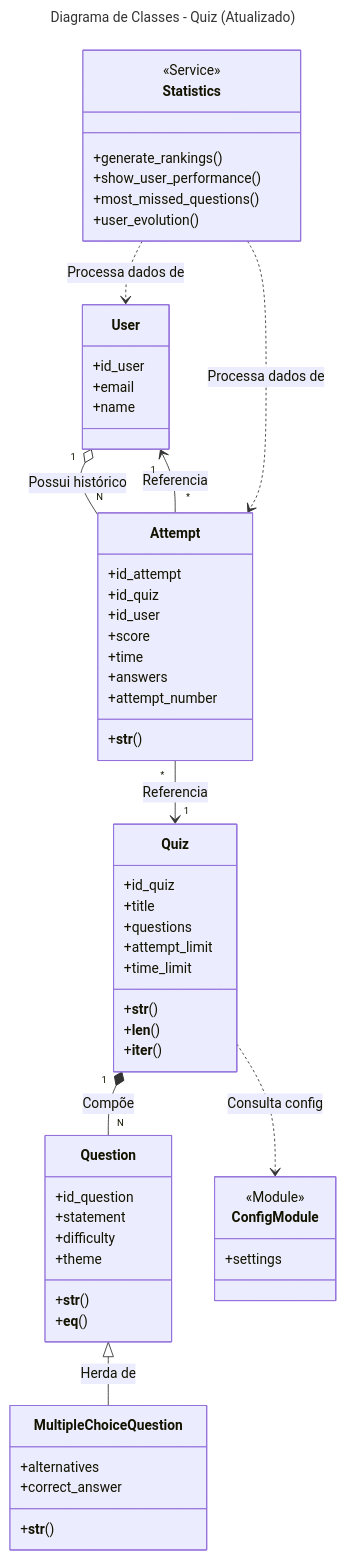
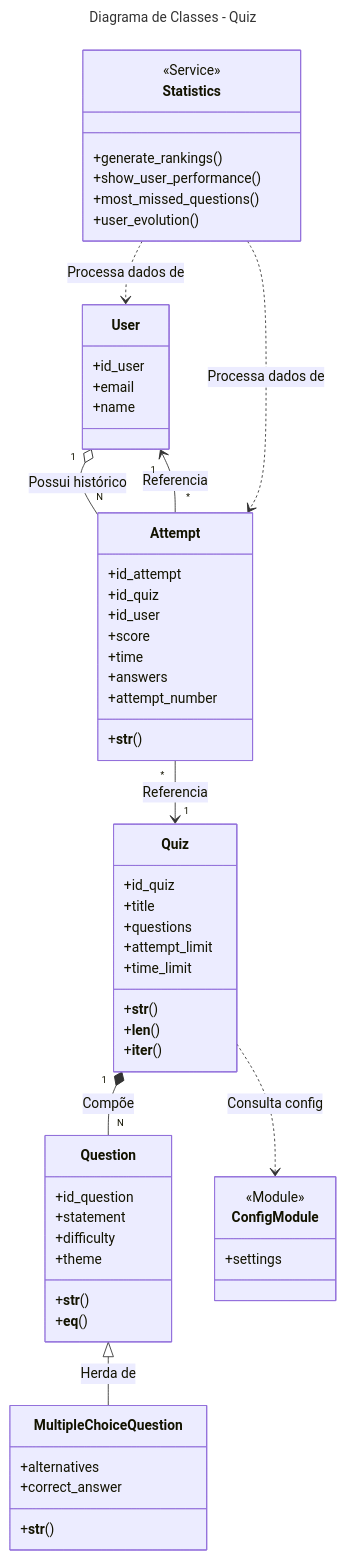
The first of 2 diagrams in README.md (eldrayan/Projeto-POO-Engenharia-de-Software), drawn with Mermaid before and after one commit. The commit also changed other lines of this file and 2 other files, not shown here.

````diff
--- a/README.md
+++ b/README.md
@@ -31,76 +131,76 @@
 ```mermaid
 ---
-title: Diagrama de Classes - Quiz (Atualizado)
+title: Diagrama de Classes - Quiz
 ---
 classDiagram
     %% 1. Generalização (Herança)
     class Question {
         +id_question
         +statement
         +difficulty
         +theme
         +__str__()
         +__eq__()
     }
     class MultipleChoiceQuestion {
         +alternatives
         +correct_answer
         +__str__()
     }
     Question <|-- MultipleChoiceQuestion : Herda de
 
     %% 2. Composição e Agregação
     class Quiz {
         +id_quiz
         +title
         +questions
         +attempt_limit
         +time_limit
         +__str__()
         +__len__()
         +__iter__()
     }
     %% O Quiz é composto por Questions (relação forte)
     Quiz "1" *-- "N" Question : Compõe
 
     class User {
         +id_user
         +email
         +name
     }
     %% O User possui um histórico de Attempts (relação fraca)
     User "1" o-- "N" Attempt : Possui histórico
 
     %% 3. Associação
     class Attempt {
         +id_attempt
         +id_quiz
         +id_user
         +score
         +time
         +answers
         +attempt_number
         +__str__()
     }
     %% Uma Tentativa está associada a um Quiz e a um User
     Attempt "*" --> "1" Quiz : Referencia
     Attempt "*" --> "1" User : Referencia
 
     %% 4. Dependência (Usa-um)
     class Statistics {
         <<Service>>
         +generate_rankings()
         +show_user_performance()
         +most_missed_questions()
         +user_evolution()
     }
     class ConfigModule {
         <<Module>>
         +settings
     }
 
     %% Dependências de serviço
     Statistics ..> User : Processa dados de
     Statistics ..> Attempt : Processa dados de
     Quiz ..> ConfigModule : Consulta config
 ```
````
